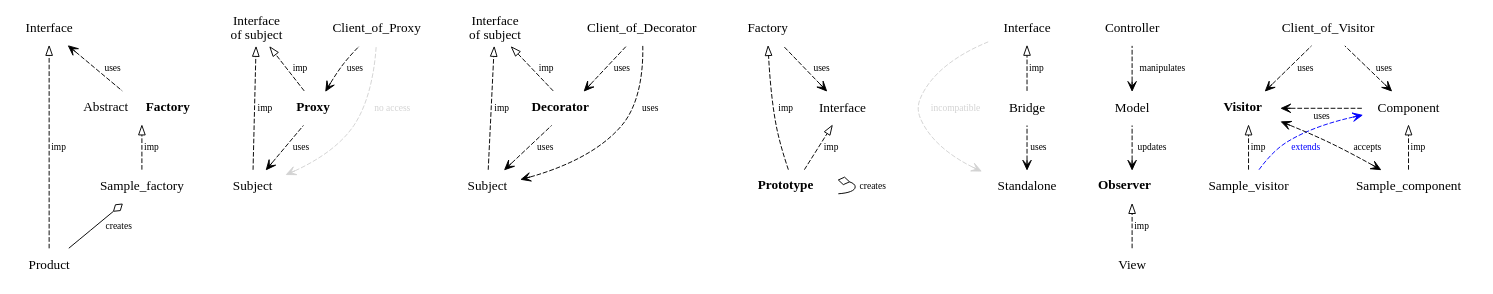
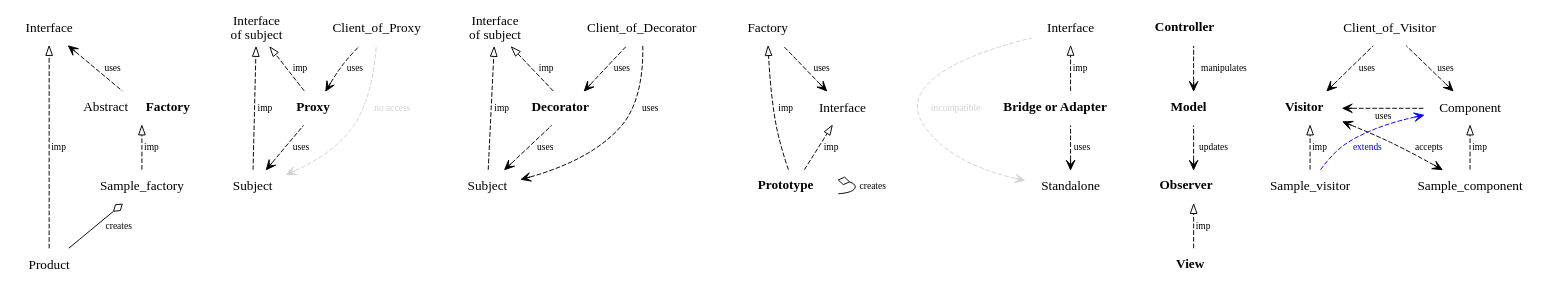
The diagram in cpp/patterns.dot (makelinux/examples), drawn with Graphviz before and after one commit.

```diff
--- a/cpp/patterns.dot
+++ b/cpp/patterns.dot
@@ -1,65 +1,69 @@
 digraph G {
 	rankdir="BT"
 	node [shape=plaintext];
 	{ rank=max Interface }
 	edge [fontsize=10 _fontcolor=darkgray]
 	// Inheritance
 	edge [label=inh arrowhead=onormal];
 
 	// Implementation
 	edge [label=imp weight=1000 arrowhead=onormal style=dashed];
 	Product -> Interface;
 	Factory [label=<Abstract <b>Factory</b>>]
 	Sample_factory -> Factory;
 	Proxy [label=<<b>Proxy</b>>]
 	{ Subject Proxy } -> Common_interface
 	Decorator [label=<<b>Decorator</b>>]
 	Subject_of_Decorator [label=Subject]
 	{ Decorator Subject_of_Decorator} -> Decorator_Interface
 	Common_interface [label="Interface\nof subject"]
 	Decorator_Interface [label="Interface\nof subject"]
 	Factory_of_prototype [label=Factory]
 	Interface_of_prototype [label=Interface]
 	Prototype -> { Factory_of_prototype Interface_of_prototype}
 	Prototype [label=<<b>Prototype</b>>]
 	Bridge_interface [label=Interface]
+	Bridge [label=<<b>Bridge or Adapter</b>>]
 	Bridge -> Bridge_interface
 	Observer [label=<<b>Observer</b>>]
+	View [label=<<b>View</b>>]
+	Model [label=<<b>Model</b>>]
+	Controller [label=<<b>Controller</b>>]
 	View -> Observer
 
 	Visitor [label=<<b>Visitor</b>>]
 	rank = same { Component  Visitor }
 	//Component [rank=min]
 	Sample_visitor -> Visitor
 	Sample_component -> Component
 
 	// Aggregation
 	edge [label=agg weight=1 arrowtail=odiamond dir=back style=""]
 
 	edge [label=creates dir="" arrowhead=odiamond]
 	Product -> Sample_factory
 	Prototype -> Prototype
 
 	// Dependencies
 	edge [label=uses weight=1 arrowhead=vee style=dashed dir="" ]
 
 	Component -> Visitor [weight=0]
 	Sample_component -> Visitor [label=accepts weight=0 dir=both arrowtail=vee _constraint=false]
 	Sample_visitor -> Component [label=extends color=blue fontcolor=blue]
 	//{Sample_visitor Sample_component } -> Client_of_Visitor [style=invis]
 	edge [label=uses weight=1 dir=back arrowtail=vee ]
 	Subject_of_Decorator -> Decorator -> Client_of_Decorator
 	{ Subject_of_Decorator } -> Client_of_Decorator
 	{ Visitor Component  } -> Client_of_Visitor
 
 	Subject -> Proxy
 	Proxy -> Client_of_Proxy
 	Model -> Controller [label=manipulates]
 	Interface -> Factory
 	Interface_of_prototype -> Factory_of_prototype
 	Standalone -> Bridge
 	Observer -> Model [label=updates]
 	edge [color=lightgray fontcolor=lightgray xweight=0  _constraint=false]
 	Subject -> Client_of_Proxy [label="no access"]
 	Standalone -> Bridge_interface [label="incompatible" constraint=false]
 }
```
